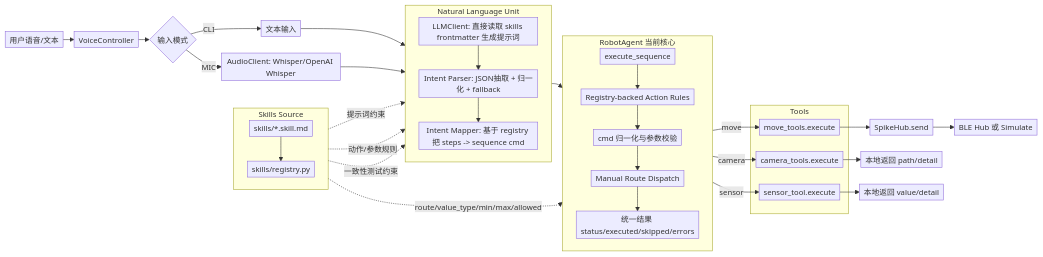
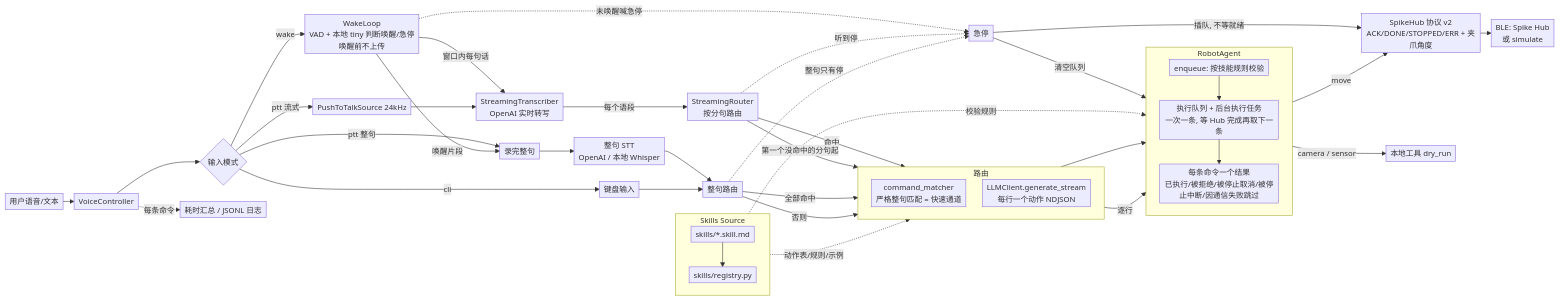
The second of 3 diagrams in README.md (hrsxz/voice_robot), drawn with Mermaid before and after one commit. The commit also changed other lines of this file and 196 other files, not shown here.

````diff
--- a/README.md
+++ b/README.md
@@ -115,62 +325,60 @@
 ```mermaid
 %%{init: {"flowchart": {"nodeSpacing": 30, "rankSpacing": 20, "padding": 4, "diagramPadding": 4}, "themeVariables": {"fontSize": "14px"}} }%%
 flowchart LR
     U[用户语音/文本] --> VC[VoiceController]
     VC --> IN{输入模式}
-    IN -->|CLI| CLI[文本输入]
-    IN -->|MIC| STT[AudioClient: Whisper/OpenAI Whisper]
+    IN -->|ptt 流式| SRC[PushToTalkSource 24kHz]
+    IN -->|ptt 整句| REC[录完整句]
+    IN -->|wake| WK[WakeLoop<br/>VAD + 本地 tiny 判断唤醒/急停<br/>唤醒前不上传]
+    IN -->|cli| CLI[键盘输入]
+    WK -->|唤醒片段| REC
+    WK -->|窗口内每句话| RT
+    WK -.未唤醒喊急停.-> STOP
+
+    SRC --> RT[StreamingTranscriber<br/>OpenAI 实时转写]
+    RT -->|每个语段| SR[StreamingRouter<br/>按分句路由]
+    REC --> STT[整句 STT<br/>OpenAI / 本地 Whisper]
+    STT --> WR[整句路由]
+    CLI --> WR
+
+    subgraph ROUTE[路由]
+      direction TB
+      FP[command_matcher<br/>严格整句匹配 = 快速通道]
+      LLM[LLMClient.generate_stream<br/>每行一个动作 NDJSON]
+    end
+
+    SR -->|命中| FP
+    SR -->|第一个没命中的分句起| LLM
+    WR -->|全部命中| FP
+    WR -->|否则| LLM
+    SR -.听到停.-> STOP[急停]
+    WR -.整句只有停.-> STOP
 
     subgraph SKILLS[Skills Source]
       direction TB
       SMD[skills/*.skill.md]
       REG[skills/registry.py]
       SMD --> REG
     end
+    REG -. 动作表/规则/示例 .-> LLM
+    REG -. 校验规则 .-> RA
 
-    subgraph NLUCORE[Natural Language Unit]
+    FP --> RA
+    LLM -->|逐行| RA
+
+    subgraph RACORE[RobotAgent]
       direction TB
-      LLM[LLMClient: 直接读取 skills frontmatter 生成提示词]
-      IP[Intent Parser: JSON抽取 + 归一化 + fallback]
-      IM[Intent Mapper: 基于 registry 把 steps -> sequence cmd]
-      LLM --> IP
-      IP --> IM
+      RA[enqueue: 按技能规则校验]
+      Q[执行队列 + 后台执行任务<br/>一次一条, 等 Hub 完成再取下一条]
+      RS[每条命令一个结果<br/>已执行/被拒绝/被停止取消/被停止中断/因通信失败跳过]
+      RA --> Q --> RS
     end
 
-    IM --> RA
-    CLI --> LLM
-    STT --> LLM
+    STOP -->|清空队列| Q
+    STOP -->|插队, 不等就绪| HUB
+    Q -->|move| HUB[SpikeHub 协议 v2<br/>ACK/DONE/STOPPED/ERR + 夹爪角度]
+    Q -->|camera / sensor| TOOLS[本地工具 dry_run]
+    HUB --> BLE[BLE: Spike Hub<br/>或 simulate]
 
-    SMD -. 提示词约束 .-> LLM
-    REG -. 动作/参数规则 .-> IM
-    REG -. 一致性测试约束 .-> IP
-
-    subgraph RACORE[RobotAgent 当前核心]
-      direction TB
-      RA[execute_sequence]
-      AR[Registry-backed Action Rules]
-      NV[cmd 归一化与参数校验]
-      DS[Manual Route Dispatch]
-      RS[统一结果 status/executed/skipped/errors]
-      RA --> AR
-      AR --> NV
-      NV --> DS
-      DS --> RS
-    end
-
-    REG -. route/value_type/min/max/allowed .-> AR
-
-    subgraph TOOLS[Tools]
-      MV[move_tools.execute]
-      CAM[camera_tools.execute]
-      SEN[sensor_tool.execute]
-    end
-
-    DS -->|move| MV
-    DS -->|camera| CAM
-    DS -->|sensor| SEN
-
-    MV --> HUB[SpikeHub.send]
-    CAM --> LOCAL[本地返回 path/detail]
-    SEN --> LOCAL2[本地返回 value/detail]
-    HUB --> BLE[BLE Hub 或 Simulate]
+    VC -.每条命令.-> LAT[耗时汇总 / JSONL 日志]
 ```
````
